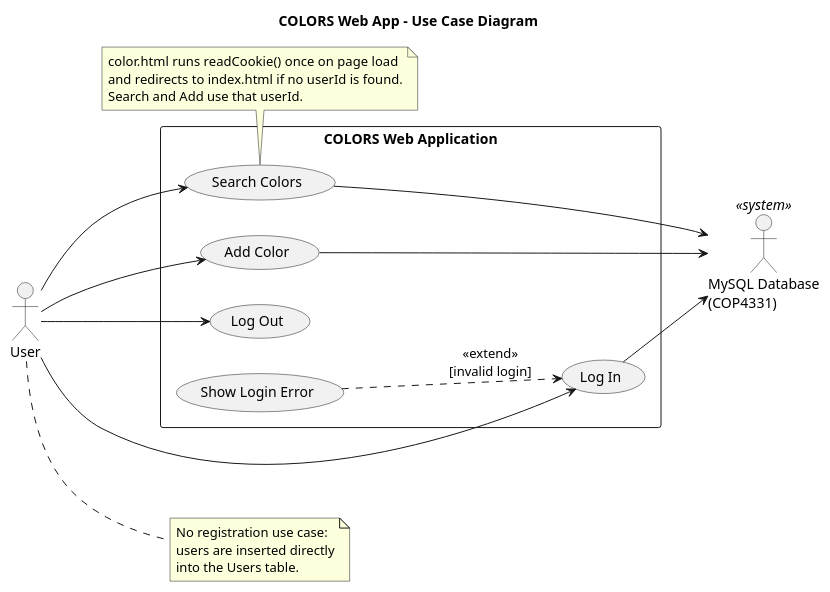
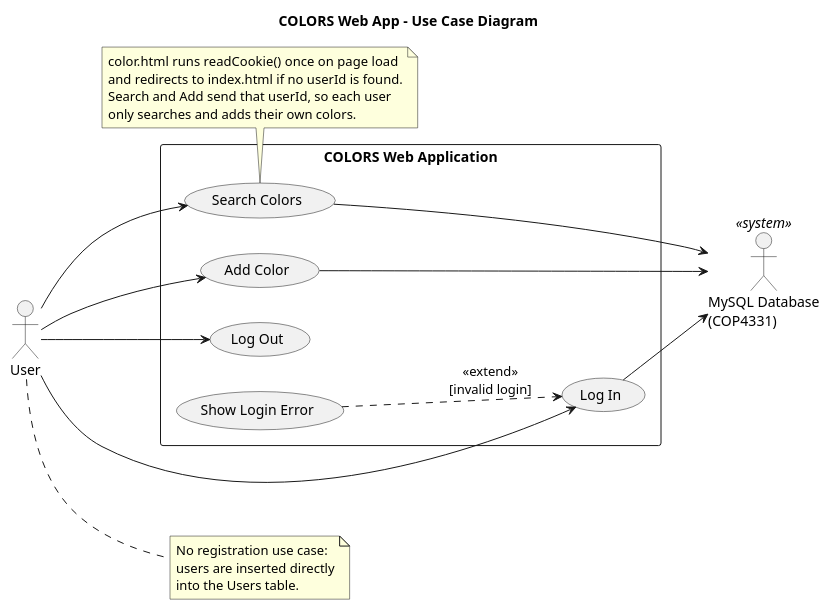
Before and after one commit to 1337kareem/assignment-1: the diagram in docs/uml/usecase.puml, drawn with PlantUML. The commit also changed 5 other files, not shown here.

Commit message:
Fix UML diagrams to match the code

```diff
--- a/docs/uml/usecase.puml
+++ b/docs/uml/usecase.puml
@@ -1,37 +1,39 @@
 @startuml usecase
 title COLORS Web App - Use Case Diagram
 left to right direction
 
 actor "User" as user
 actor "MySQL Database\n(COP4331)" as db <<system>>
 
 rectangle "COLORS Web Application" {
   usecase "Log In" as UC1
   usecase "Search Colors" as UC2
   usecase "Add Color" as UC3
   usecase "Log Out" as UC4
-  usecase "Show Login Error" as UC6
+  usecase "Show Login Error" as UC5
 }
 
 user --> UC1
 user --> UC2
 user --> UC3
 user --> UC4
 
-UC6 ..> UC1 : <<extend>>\n[invalid login]
+UC5 ..> UC1 : <<extend>>\n[invalid login]
 
 UC1 --> db
 UC2 --> db
 UC3 --> db
 
 note right of user
   No registration use case:
   users are inserted directly
   into the Users table.
 end note
+
 note bottom of UC2
   color.html runs readCookie() once on page load
   and redirects to index.html if no userId is found.
-  Search and Add use that userId.
+  Search and Add send that userId, so each user
+  only searches and adds their own colors.
 end note
 @enduml
```
